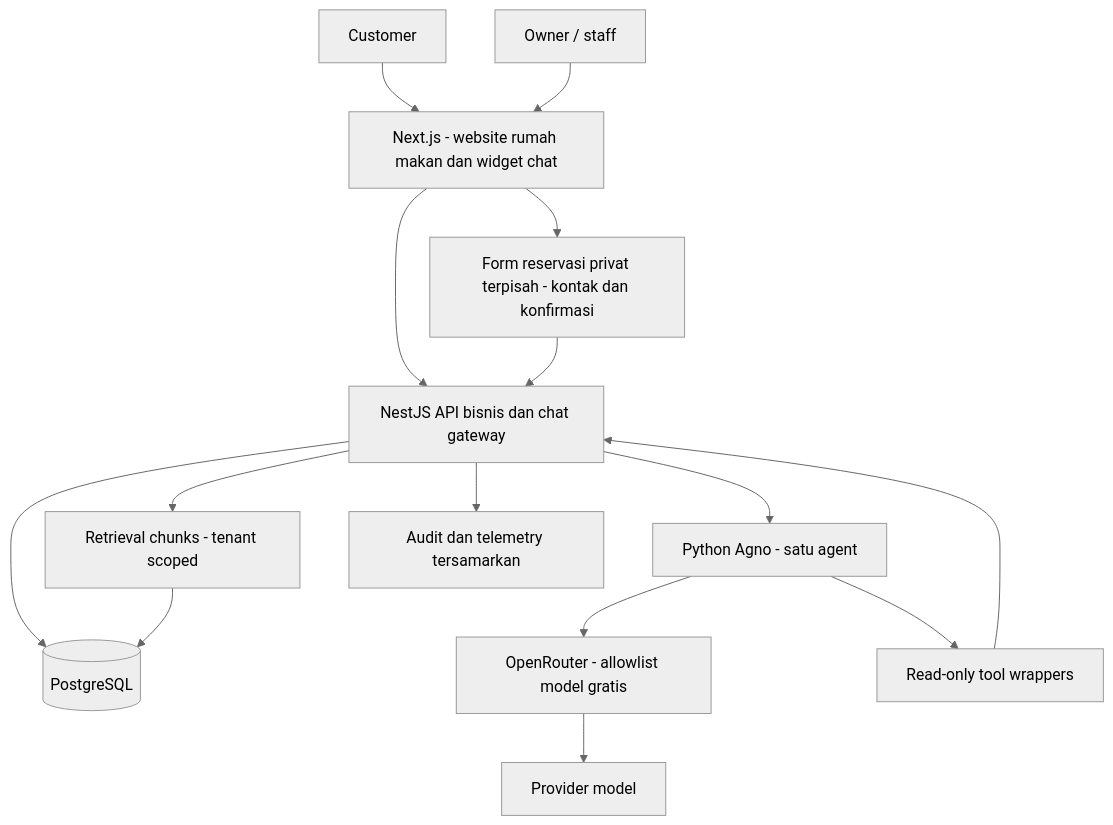
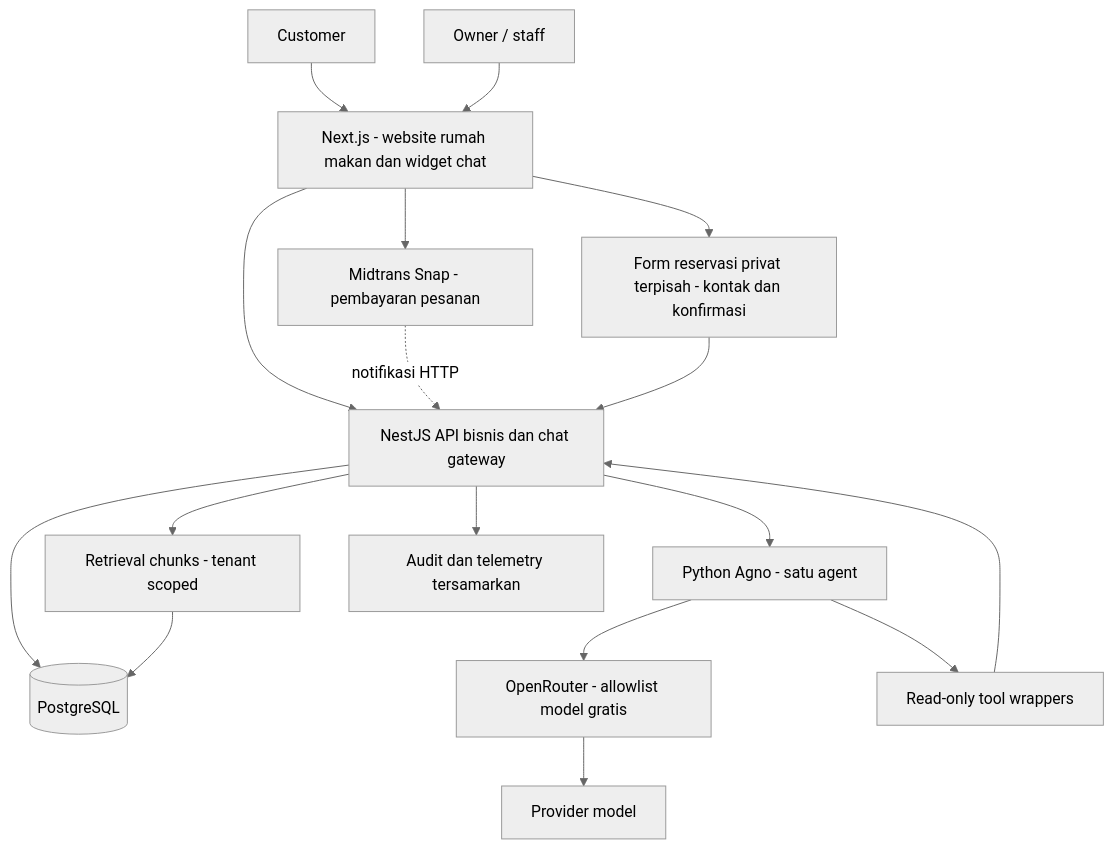
One commit to wisnufadhillah/Restaurant-Mulit-Tenant changed the third of 11 diagrams in PRD — Restaurant Assistant MVP.md. Above: the diagram before and after it, drawn with Mermaid (neutral theme). The commit also changed other lines of this file and 1 other file, not shown here.

````diff
--- a/PRD — Restaurant Assistant MVP.md
+++ b/PRD — Restaurant Assistant MVP.md
@@ -198,17 +220,19 @@
 ```mermaid
 flowchart TB
     Customer[Customer] --> Web[Next.js - website rumah makan dan widget chat]
     Staff[Owner / staff] --> Web
     Web --> API[NestJS API bisnis dan chat gateway]
     API --> DB[(PostgreSQL)]
     API --> AI[Python Agno - satu agent]
     AI --> Router[OpenRouter - allowlist model gratis]
     Router --> LLM[Provider model]
     AI --> Tools[Read-only tool wrappers]
     Tools --> API
     API --> Retrieval[Retrieval chunks - tenant scoped]
     Retrieval --> DB
     API --> Audit[Audit dan telemetry tersamarkan]
     Web --> Confirm[Form reservasi privat terpisah - kontak dan konfirmasi]
+    Web --> Snap[Midtrans Snap - pembayaran pesanan]
+    Snap -. notifikasi HTTP .-> API
     Confirm --> API
 ```
````
